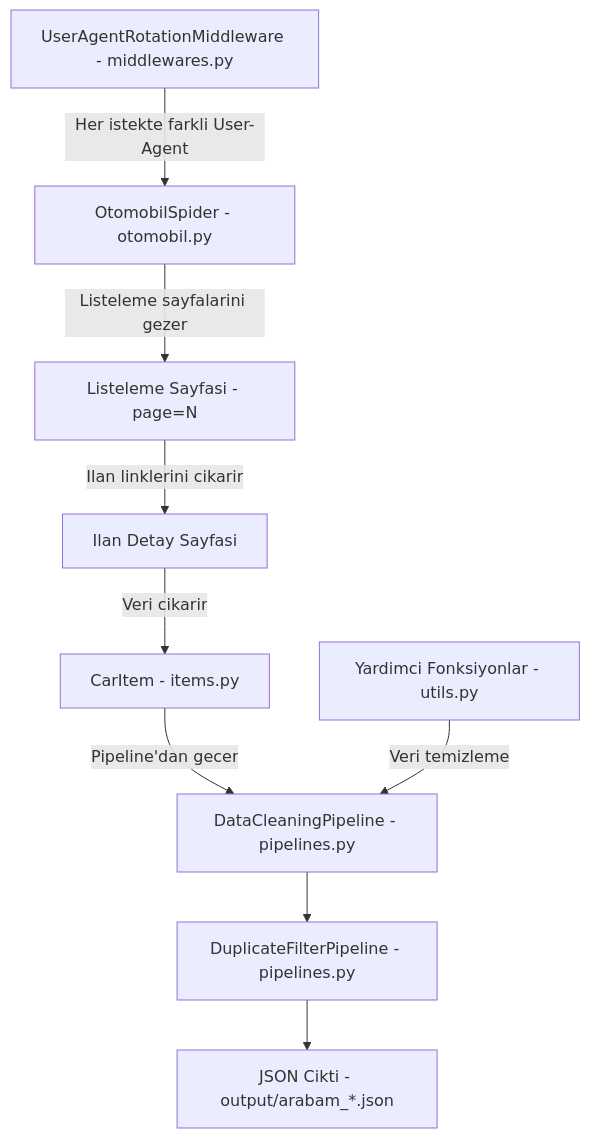
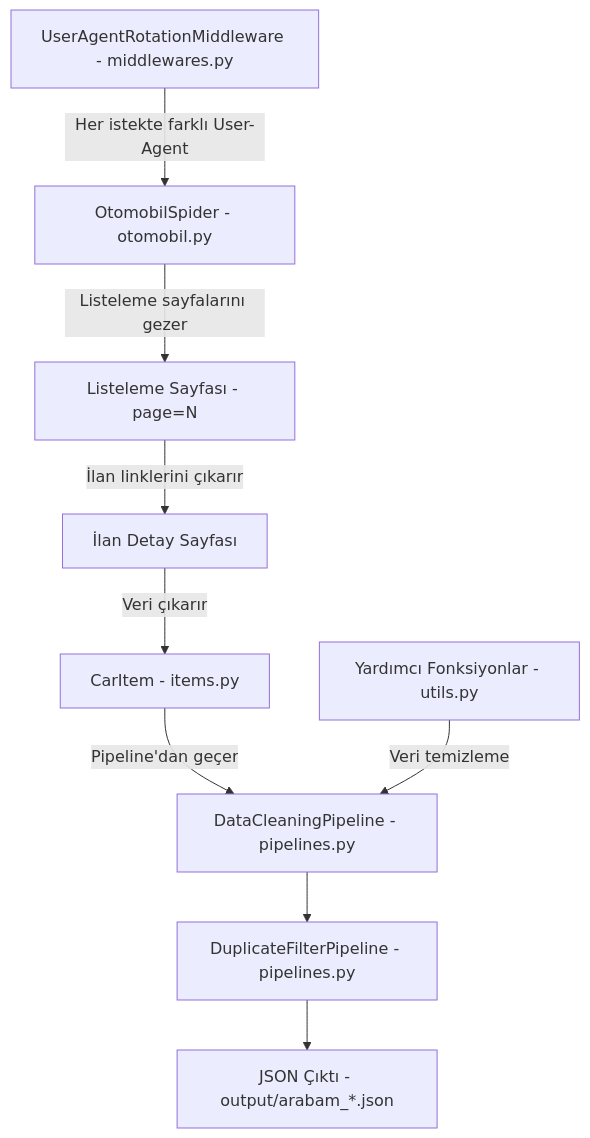
The first of 2 diagrams in README.md (burak-sisci/arabam.com-scraper), drawn with Mermaid before and after one commit. The commit also changed other lines of this file, not shown here.

````diff
--- a/README.md
+++ b/README.md
@@ -45,12 +45,12 @@
 ```mermaid
 graph TD
-    A["OtomobilSpider - otomobil.py"] -->|Listeleme sayfalarini gezer| B["Listeleme Sayfasi - page=N"]
-    B -->|Ilan linklerini cikarir| C["Ilan Detay Sayfasi"]
-    C -->|Veri cikarir| D["CarItem - items.py"]
-    D -->|Pipeline'dan gecer| E["DataCleaningPipeline - pipelines.py"]
+    A["OtomobilSpider - otomobil.py"] -->|Listeleme sayfalarını gezer| B["Listeleme Sayfası - page=N"]
+    B -->|İlan linklerini çıkarır| C["İlan Detay Sayfası"]
+    C -->|Veri çıkarır| D["CarItem - items.py"]
+    D -->|Pipeline'dan geçer| E["DataCleaningPipeline - pipelines.py"]
     E --> F["DuplicateFilterPipeline - pipelines.py"]
-    F --> G["JSON Cikti - output/arabam_*.json"]
+    F --> G["JSON Çıktı - output/arabam_*.json"]
 
-    H["UserAgentRotationMiddleware - middlewares.py"] -->|Her istekte farkli User-Agent| A
-    I["Yardimci Fonksiyonlar - utils.py"] -->|Veri temizleme| E
+    H["UserAgentRotationMiddleware - middlewares.py"] -->|Her istekte farklı User-Agent| A
+    I["Yardımcı Fonksiyonlar - utils.py"] -->|Veri temizleme| E
 ```
````
